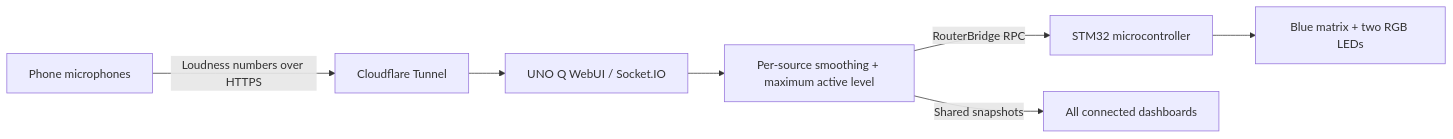
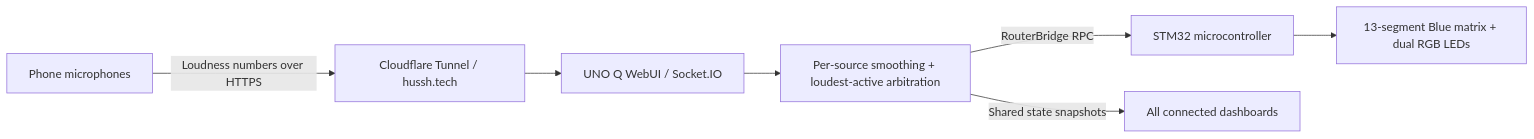
Before and after one commit to ElijahLynn/hussh: the diagram in README.md, drawn with Mermaid. The commit also changed other lines of this file, not shown here.

````diff
--- a/README.md
+++ b/README.md
@@ -23,9 +33,9 @@
 ```mermaid
 flowchart LR
-  P[Phone microphones] -->|Loudness numbers over HTTPS| T[Cloudflare Tunnel]
+  P[Phone microphones] -->|Loudness numbers over HTTPS| T[Cloudflare Tunnel / hussh.tech]
   T --> W[UNO Q WebUI / Socket.IO]
-  W --> A[Per-source smoothing + maximum active level]
+  W --> A[Per-source smoothing + loudest-active arbitration]
   A -->|RouterBridge RPC| M[STM32 microcontroller]
-  M --> L[Blue matrix + two RGB LEDs]
-  A -->|Shared snapshots| D[All connected dashboards]
+  M --> L[13-segment Blue matrix + dual RGB LEDs]
+  A -->|Shared state snapshots| D[All connected dashboards]
 ```
````
